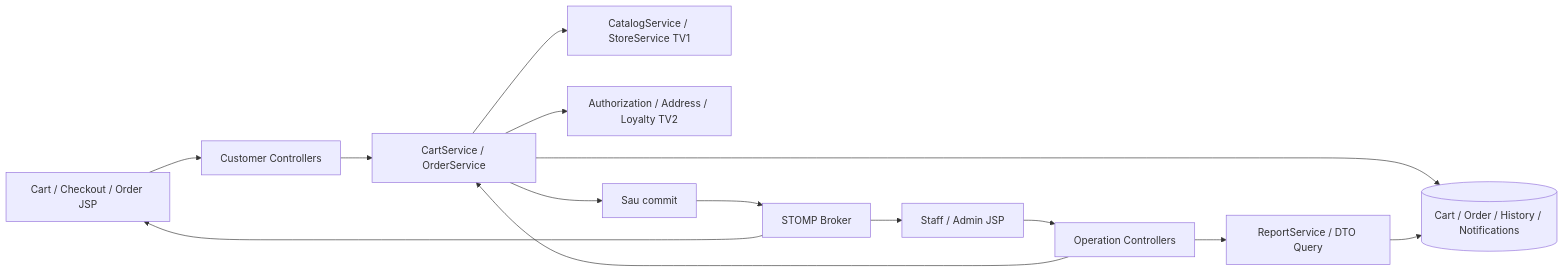
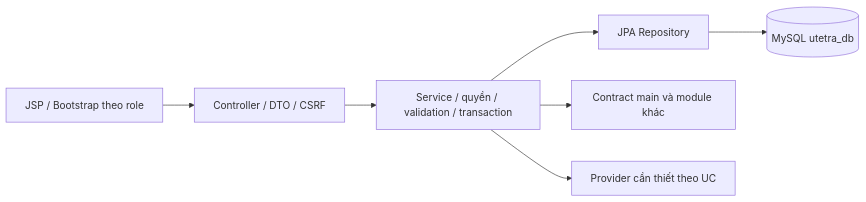
The diagram in docs/features/order-payment/IMPLEMENTATION.md (Phucsbinz/Project_Web), drawn with Mermaid before and after one commit. The commit also changed other lines of this file and 151 other files, not shown here.

````diff
--- a/docs/features/order-payment/IMPLEMENTATION.md
+++ b/docs/features/order-payment/IMPLEMENTATION.md
@@ -56,16 +58,9 @@
 ```mermaid
 flowchart LR
-    Customer[Cart / Checkout / Order JSP] --> C[Customer Controllers]
-    Staff[Staff / Admin JSP] --> SC[Operation Controllers]
-    C --> O[CartService / OrderService]
-    SC --> O
-    O --> Cat[CatalogService / StoreService TV1]
-    O --> Identity[Authorization / Address / Loyalty TV2]
-    O --> DB[(Cart / Order / History / Notifications)]
-    O --> Commit[Sau commit]
-    Commit --> WS[STOMP Broker]
-    WS --> Customer
-    WS --> Staff
-    SC --> Report[ReportService / DTO Query]
-    Report --> DB
+    UI[JSP / Bootstrap theo role] --> C[Controller / DTO / CSRF]
+    C --> S[Service / quyền / validation / transaction]
+    S --> R[JPA Repository]
+    R --> DB[(MySQL utetra_db)]
+    S --> Common[Contract main và module khác]
+    S --> Provider[Provider cần thiết theo UC]
 ```
````
